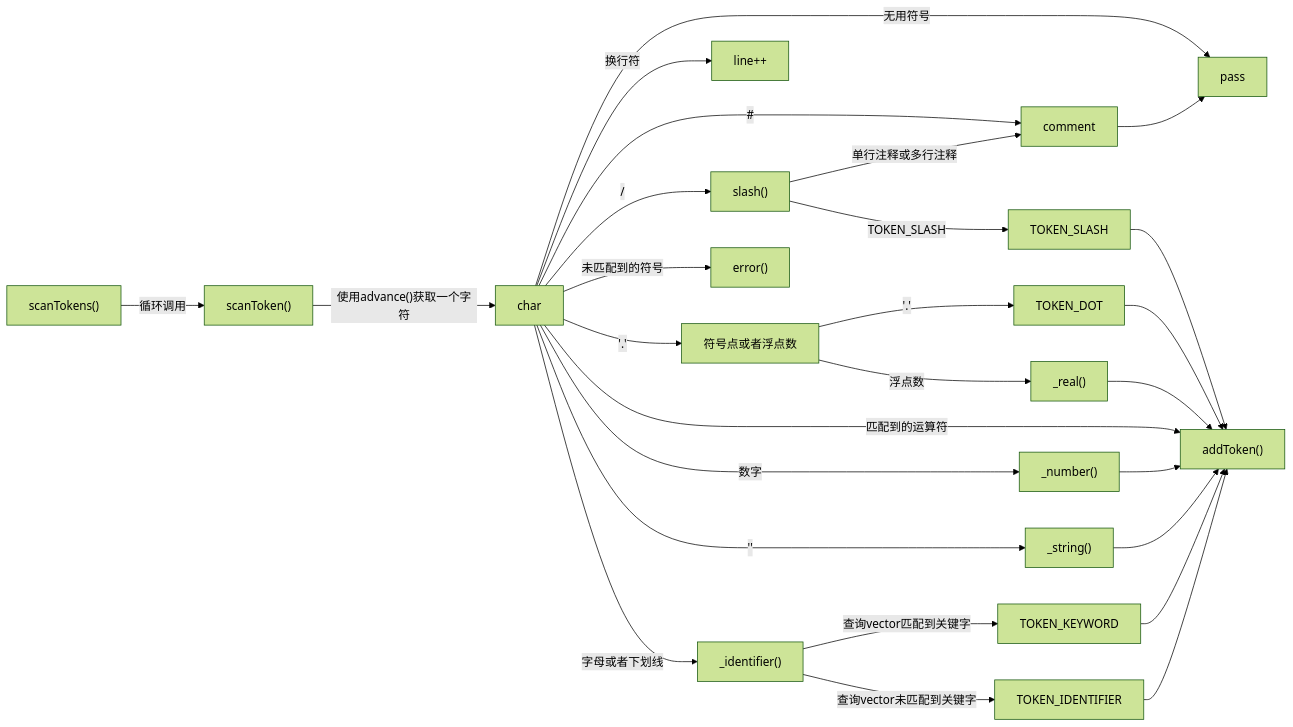
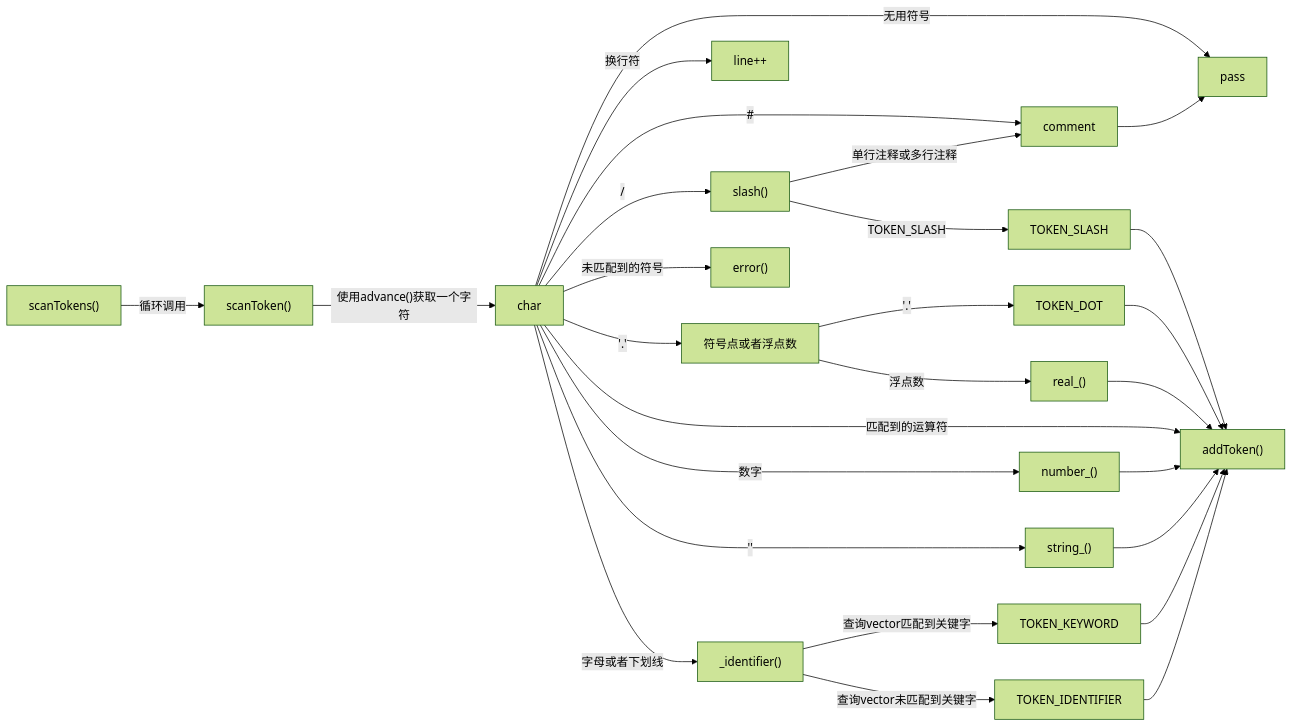
Before and after one commit to ice-bubble/LiteCompiler: the second of 2 diagrams in robin/README.md, drawn with Mermaid (forest theme). The commit also changed 6 other files, not shown here.

````diff
--- a/robin/README.md
+++ b/robin/README.md
@@ -140,29 +140,29 @@
 ```mermaid
 graph LR
     scanTokens["scanTokens()"] -->|循环调用| scanToken["scanToken()"]
     scanToken -->|"使用advance()获取一个字符"|char
     char -->|无用符号| pass[pass]
     char -->|/| slash["slash()"]
     char -->|#| comment
     slash -->|单行注释或多行注释|comment
     comment --> pass
     slash -->|TOKEN_SLASH| TOKEN_SLASH
     TOKEN_SLASH --> matched_type
     char -->|换行符| line++
     char -->|字母或者下划线| maybeid["_identifier()"]
-    char -->|数字| num["_number()"]
-    char -->|'""'| str["_string()"]
+    char -->|数字| num["number_()"]
+    char -->|'""'| str["string_()"]
     char -->|'.'| dotOrReal[符号点或者浮点数]
     dotOrReal -->|'.'|TOKEN_DOT
     TOKEN_DOT --> matched_type
-    dotOrReal -->|浮点数|real["_real()"]
+    dotOrReal -->|浮点数|real["real_()"]
     real --> matched_type
     char -->|匹配到的运算符| matched_type["addToken()"]
     maybeid -->|查询vector匹配到关键字|keyword[TOKEN_KEYWORD]
     maybeid -->|查询vector未匹配到关键字| id[TOKEN_IDENTIFIER]
     num --> matched_type
     str --> matched_type
     keyword --> matched_type
     id --> matched_type
     char -->|未匹配到的符号| unmatched_type["error()"]
 ```
````
